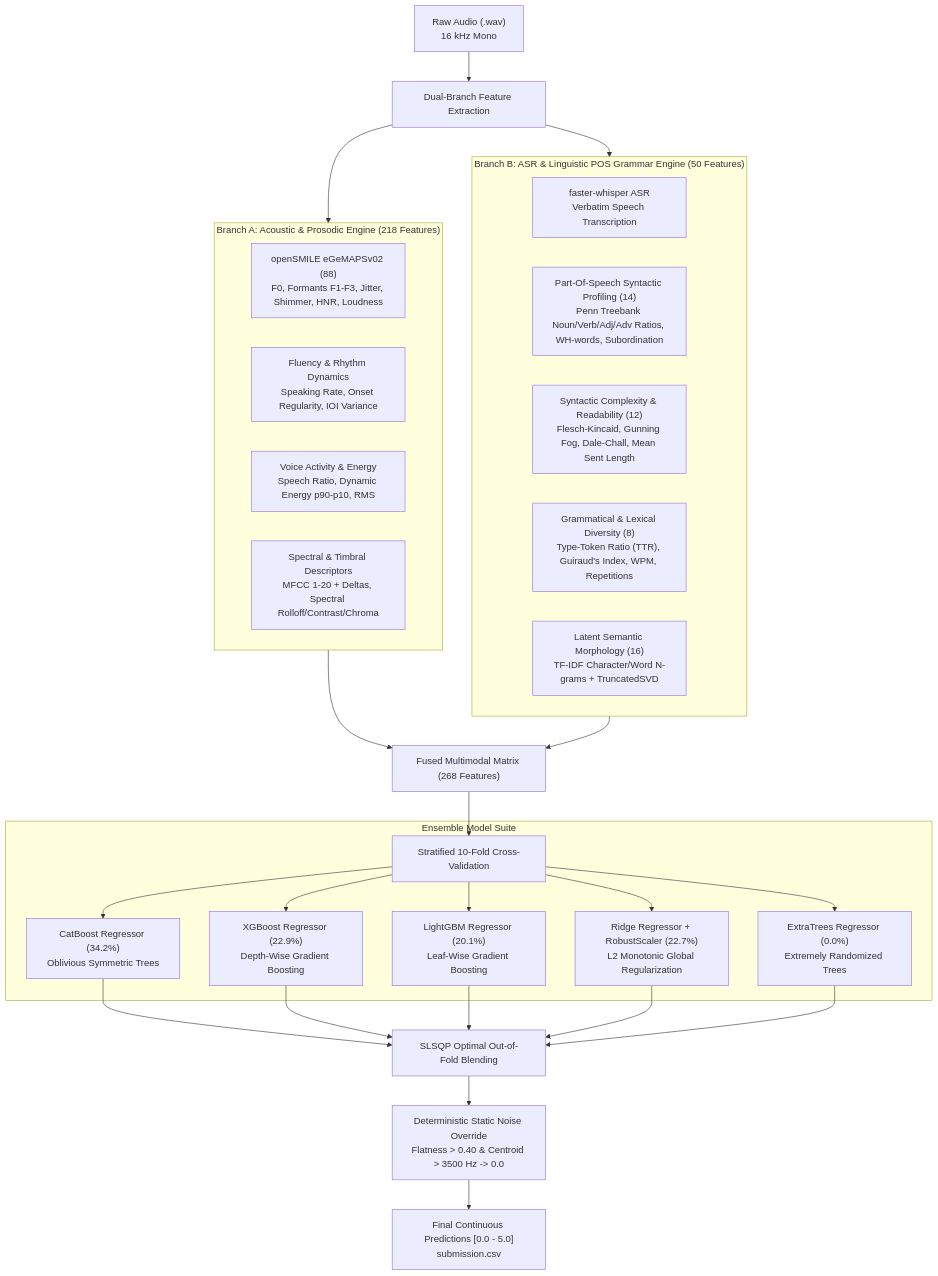
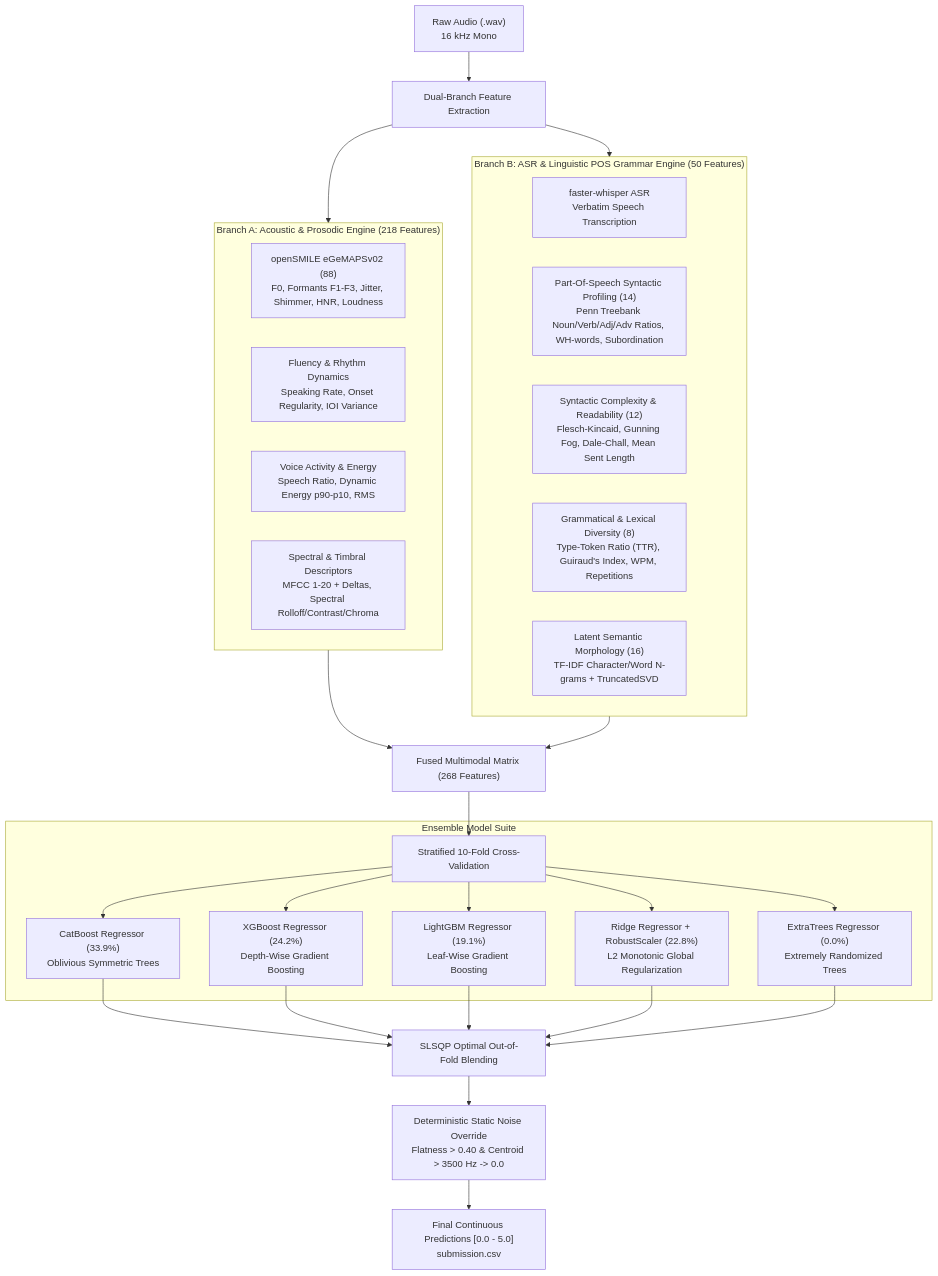
Before and after one commit to Sehaj64/shl-hiring-assessment-2026: the diagram in README.md, drawn with Mermaid. The commit also changed other lines of this file, not shown here.

````diff
--- a/README.md
+++ b/README.md
@@ -31,44 +31,44 @@
 ```mermaid
 flowchart TD
     A["Raw Audio (.wav)<br>16 kHz Mono"] --> B["Dual-Branch Feature Extraction"]
     
     subgraph BranchA ["Branch A: Acoustic & Prosodic Engine (218 Features)"]
         A1["openSMILE eGeMAPSv02 (88)<br>F0, Formants F1-F3, Jitter, Shimmer, HNR, Loudness"]
         A2["Fluency & Rhythm Dynamics<br>Speaking Rate, Onset Regularity, IOI Variance"]
         A3["Voice Activity & Energy<br>Speech Ratio, Dynamic Energy p90-p10, RMS"]
         A4["Spectral & Timbral Descriptors<br>MFCC 1-20 + Deltas, Spectral Rolloff/Contrast/Chroma"]
     end
     
     subgraph BranchB ["Branch B: ASR & Linguistic POS Grammar Engine (50 Features)"]
         B1["faster-whisper ASR<br>Verbatim Speech Transcription"]
         B2["Part-Of-Speech Syntactic Profiling (14)<br>Penn Treebank Noun/Verb/Adj/Adv Ratios, WH-words, Subordination"]
         B3["Syntactic Complexity & Readability (12)<br>Flesch-Kincaid, Gunning Fog, Dale-Chall, Mean Sent Length"]
         B4["Grammatical & Lexical Diversity (8)<br>Type-Token Ratio (TTR), Guiraud's Index, WPM, Repetitions"]
         B5["Latent Semantic Morphology (16)<br>TF-IDF Character/Word N-grams + TruncatedSVD"]
     end
     
     B --> BranchA
     B --> BranchB
     
     BranchA --> D["Fused Multimodal Matrix (268 Features)"]
     BranchB --> D
     
     D --> E["Stratified 10-Fold Cross-Validation"]
     
     subgraph Ensemble ["Ensemble Model Suite"]
-        E --> M1["CatBoost Regressor (34.2%)<br>Oblivious Symmetric Trees"]
-        E --> M2["XGBoost Regressor (22.9%)<br>Depth-Wise Gradient Boosting"]
-        E --> M3["LightGBM Regressor (20.1%)<br>Leaf-Wise Gradient Boosting"]
-        E --> M4["Ridge Regressor + RobustScaler (22.7%)<br>L2 Monotonic Global Regularization"]
+        E --> M1["CatBoost Regressor (33.9%)<br>Oblivious Symmetric Trees"]
+        E --> M2["XGBoost Regressor (24.2%)<br>Depth-Wise Gradient Boosting"]
+        E --> M3["LightGBM Regressor (19.1%)<br>Leaf-Wise Gradient Boosting"]
+        E --> M4["Ridge Regressor + RobustScaler (22.8%)<br>L2 Monotonic Global Regularization"]
         E --> M5["ExtraTrees Regressor (0.0%)<br>Extremely Randomized Trees"]
     end
     
     M1 --> F["SLSQP Optimal Out-of-Fold Blending"]
     M2 --> F
     M3 --> F
     M4 --> F
     M5 --> F
     
     F --> G["Deterministic Static Noise Override<br>Flatness > 0.40 & Centroid > 3500 Hz -> 0.0"]
     G --> H["Final Continuous Predictions [0.0 - 5.0]<br>submission.csv"]
 ```
````
